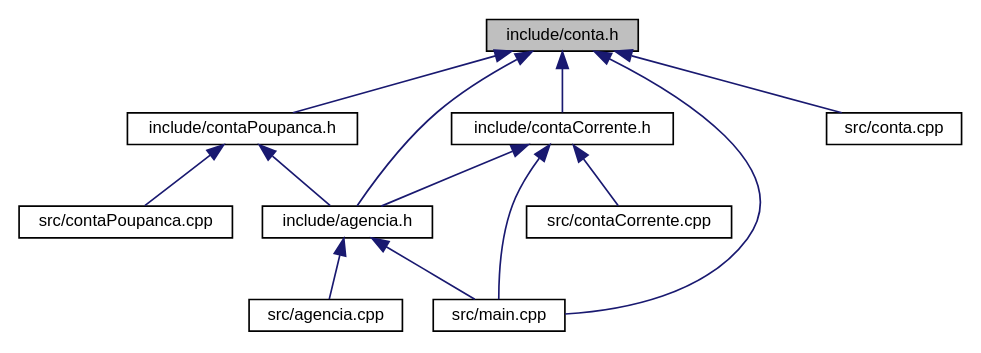
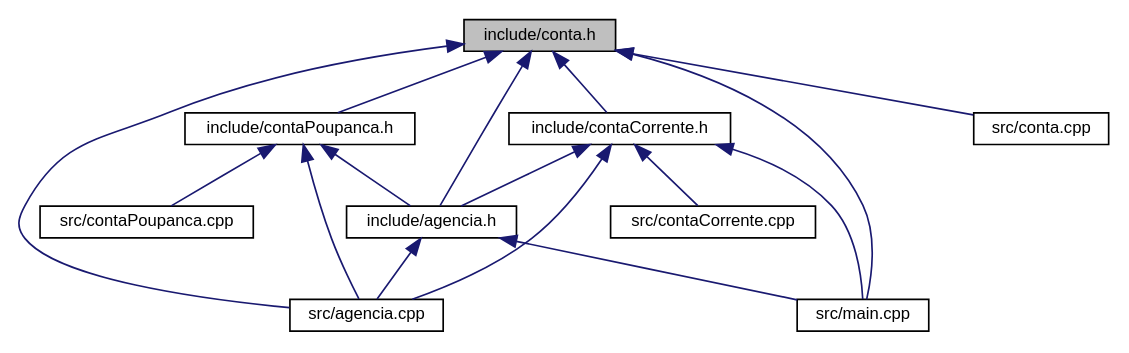
The diagram in questao3/doc/conta_8h__dep__incl.dot (claudiocsjunior/laboratorio3), drawn with Graphviz before and after one commit. The commit also changed 62 other files, not shown here.

```diff
--- a/questao3/doc/conta_8h__dep__incl.dot
+++ b/questao3/doc/conta_8h__dep__incl.dot
@@ -1,26 +1,29 @@
 digraph "include/conta.h"
 {
   edge [fontname="Helvetica",fontsize="10",labelfontname="Helvetica",labelfontsize="10"];
   node [fontname="Helvetica",fontsize="10",shape=record];
   Node1 [label="include/conta.h",height=0.2,width=0.4,color="black", fillcolor="grey75", style="filled", fontcolor="black"];
   Node1 -> Node2 [dir="back",color="midnightblue",fontsize="10",style="solid",fontname="Helvetica"];
   Node2 [label="include/contaCorrente.h",height=0.2,width=0.4,color="black", fillcolor="white", style="filled",URL="$contaCorrente_8h.html",tooltip="Classe responsável por gerênciar as contas correntes. "];
   Node2 -> Node3 [dir="back",color="midnightblue",fontsize="10",style="solid",fontname="Helvetica"];
   Node3 [label="include/agencia.h",height=0.2,width=0.4,color="black", fillcolor="white", style="filled",URL="$agencia_8h.html",tooltip="Classe responsável por gerênciar todas as contas. "];
   Node3 -> Node4 [dir="back",color="midnightblue",fontsize="10",style="solid",fontname="Helvetica"];
   Node4 [label="src/agencia.cpp",height=0.2,width=0.4,color="black", fillcolor="white", style="filled",URL="$agencia_8cpp.html",tooltip="Responsável por gerênciar todas as contas. "];
   Node3 -> Node5 [dir="back",color="midnightblue",fontsize="10",style="solid",fontname="Helvetica"];
   Node5 [label="src/main.cpp",height=0.2,width=0.4,color="black", fillcolor="white", style="filled",URL="$main_8cpp.html",tooltip="Arquivo inicial. "];
+  Node2 -> Node4 [dir="back",color="midnightblue",fontsize="10",style="solid",fontname="Helvetica"];
   Node2 -> Node6 [dir="back",color="midnightblue",fontsize="10",style="solid",fontname="Helvetica"];
   Node6 [label="src/contaCorrente.cpp",height=0.2,width=0.4,color="black", fillcolor="white", style="filled",URL="$contaCorrente_8cpp.html",tooltip="Responsável por gerênciar as contas correntes. "];
   Node2 -> Node5 [dir="back",color="midnightblue",fontsize="10",style="solid",fontname="Helvetica"];
   Node1 -> Node7 [dir="back",color="midnightblue",fontsize="10",style="solid",fontname="Helvetica"];
   Node7 [label="include/contaPoupanca.h",height=0.2,width=0.4,color="black", fillcolor="white", style="filled",URL="$contaPoupanca_8h.html",tooltip="Classe responsável por gerênciar as contas poupança. "];
   Node7 -> Node3 [dir="back",color="midnightblue",fontsize="10",style="solid",fontname="Helvetica"];
+  Node7 -> Node4 [dir="back",color="midnightblue",fontsize="10",style="solid",fontname="Helvetica"];
   Node7 -> Node8 [dir="back",color="midnightblue",fontsize="10",style="solid",fontname="Helvetica"];
   Node8 [label="src/contaPoupanca.cpp",height=0.2,width=0.4,color="black", fillcolor="white", style="filled",URL="$contaPoupanca_8cpp.html",tooltip="Responsável por gerênciar as contas poupança. "];
   Node1 -> Node3 [dir="back",color="midnightblue",fontsize="10",style="solid",fontname="Helvetica"];
+  Node1 -> Node4 [dir="back",color="midnightblue",fontsize="10",style="solid",fontname="Helvetica"];
   Node1 -> Node9 [dir="back",color="midnightblue",fontsize="10",style="solid",fontname="Helvetica"];
   Node9 [label="src/conta.cpp",height=0.2,width=0.4,color="black", fillcolor="white", style="filled",URL="$conta_8cpp.html",tooltip="Responsável por gerênciar as contas. "];
   Node1 -> Node5 [dir="back",color="midnightblue",fontsize="10",style="solid",fontname="Helvetica"];
 }
```
